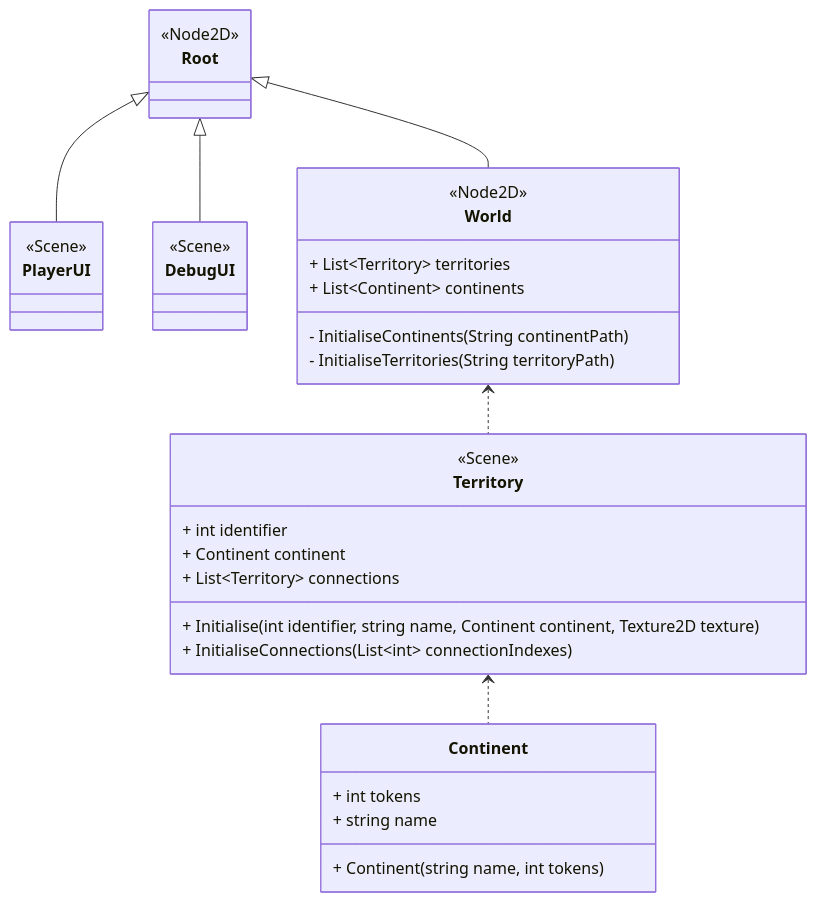
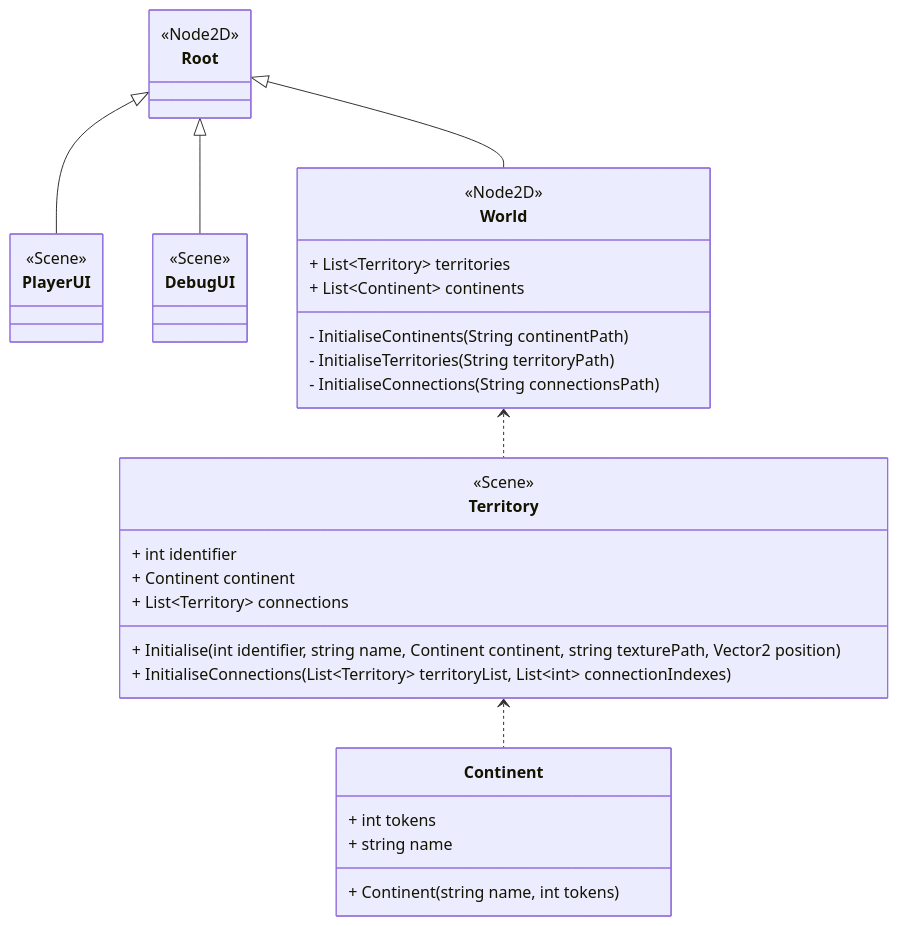
The second of 2 diagrams in design/Sprint_01_Design.md (LukeS03/Y2_S2_SoftwareEngineeringProject), drawn with Mermaid before and after one commit.

Commit message:
Updated class diagrams for first sprint. Testing if git diff works.

````diff
--- a/design/Sprint_01_Design.md
+++ b/design/Sprint_01_Design.md
@@ -73,44 +73,45 @@
 ```mermaid
 classDiagram
     class Root {
         <<Node2D>>
     }
 
     class PlayerUI {
         <<Scene>>
     }
 
     class DebugUI {
         <<Scene>>
     }
 
     class World {
         <<Node2D>>
         + List~Territory~ territories
         + List~Continent~ continents
         - InitialiseContinents(String continentPath)
         - InitialiseTerritories(String territoryPath)
+        - InitialiseConnections(String connectionsPath)
     }
 
 
     class Territory {
         <<Scene>>
         + int identifier
         + Continent continent
         + List~Territory~ connections
-        + Initialise(int identifier, string name, Continent continent, Texture2D texture)
-        + InitialiseConnections(List~int~ connectionIndexes)
+        + Initialise(int identifier, string name, Continent continent, string texturePath, Vector2 position)
+        + InitialiseConnections(List~Territory~ territoryList, List~int~ connectionIndexes)
     }
 
     class Continent {
         + int tokens
         + string name
         + Continent(string name, int tokens)
     }
 
     Root <|-- PlayerUI
     Root <|-- DebugUI
     Root <|-- World
     World <.. Territory
     Territory <.. Continent
 ```
````
